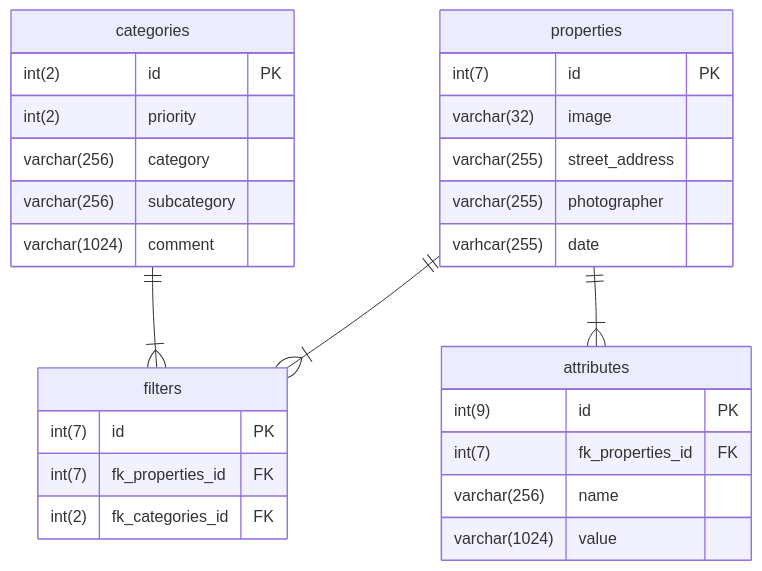
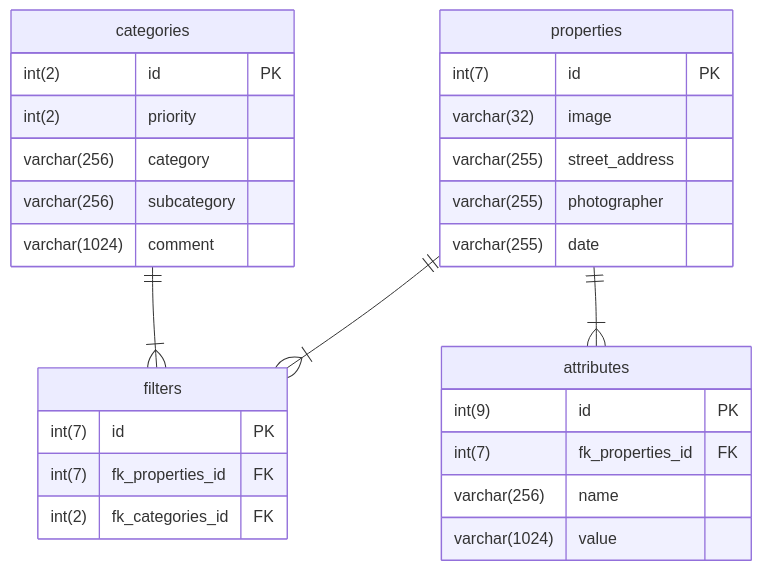
The diagram in README.md (petersm3/browser), drawn with Mermaid before and after one commit.

Commit message:
Correct typo in README.md for 'date' field
Fix typo in the data type declaration for 'date'.

````diff
--- a/README.md
+++ b/README.md
@@ -13,31 +13,31 @@
 ```mermaid
 erDiagram
     categories {
         int(2) id PK
         int(2) priority
         varchar(256) category
         varchar(256) subcategory
         varchar(1024) comment
     }
     filters {
         int(7) id PK
         int(7) fk_properties_id FK
         int(2) fk_categories_id FK
     }
     properties {
         int(7) id PK
         varchar(32) image
         varchar(255) street_address
         varchar(255) photographer
-        varhcar(255) date
+        varchar(255) date
     }
     attributes {
         int(9) id PK
         int(7) fk_properties_id FK
         varchar(256) name
         varchar(1024) value
     }
     categories ||--|{ filters : ""
     properties ||--|{ filters : ""
     properties ||--|{ attributes : ""
 ```
````
